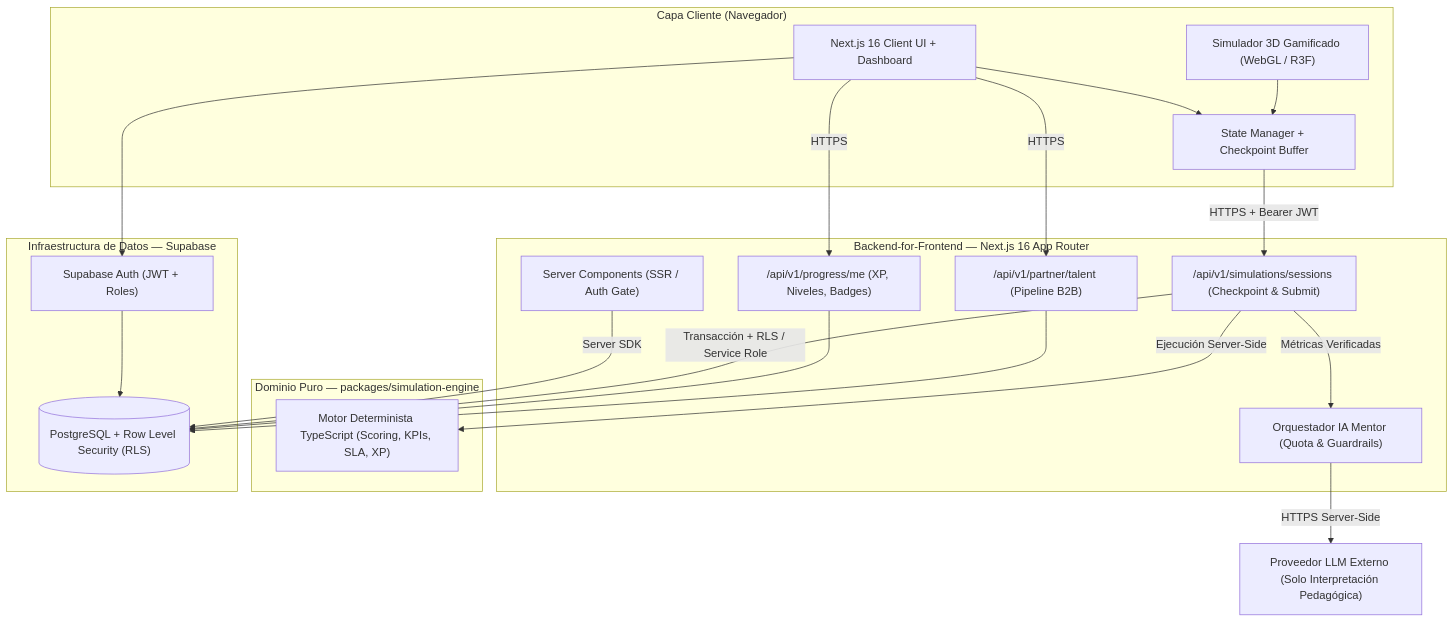
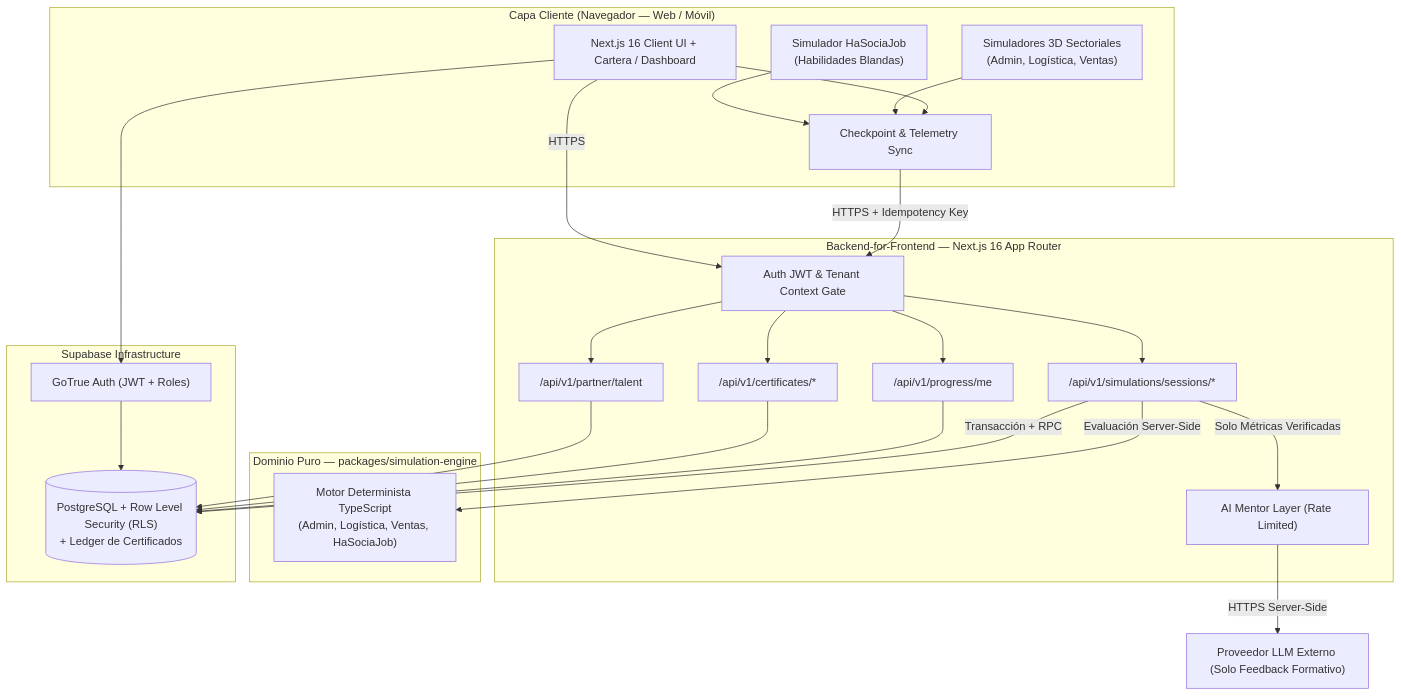
The first of 2 diagrams in README.md (waxmorales/portal-job), drawn with Mermaid before and after one commit. The commit also changed other lines of this file and 16 other files, not shown here.

Commit message:
feat(architecture): align PortalJob blueprint with Admin/Logistics/Sales, HaSociaJob, verifiable certificates, and financial roadmap

````diff
--- a/README.md
+++ b/README.md
@@ -57,42 +60,48 @@
 ```mermaid
 flowchart TB
-    subgraph Client["Capa Cliente (Navegador)"]
-        UI["Next.js 16 Client UI + Dashboard"]
-        SIM3D["Simulador 3D Gamificado (WebGL / R3F)"]
-        STORE["State Manager + Checkpoint Buffer"]
-        UI --> STORE
-        SIM3D --> STORE
+    subgraph Client["Capa Cliente (Navegador — Web / Móvil)"]
+        UI["Next.js 16 Client UI + Cartera / Dashboard"]
+        SIM_TECH["Simuladores 3D Sectoriales<br/>(Admin, Logística, Ventas)"]
+        SIM_SOFT["Simulador HaSociaJob<br/>(Habilidades Blandas)"]
+        SYNC["Checkpoint & Telemetry Sync"]
+        UI --> SYNC
+        SIM_TECH --> SYNC
+        SIM_SOFT --> SYNC
     end
 
     subgraph BFF["Backend-for-Frontend — Next.js 16 App Router"]
-        RSC["Server Components (SSR / Auth Gate)"]
-        API_SESS["/api/v1/simulations/sessions (Checkpoint & Submit)"]
-        API_PROG["/api/v1/progress/me (XP, Niveles, Badges)"]
-        API_PARTNER["/api/v1/partner/talent (Pipeline B2B)"]
-        AI_ORCH["Orquestador IA Mentor (Quota & Guardrails)"]
+        MW["Auth JWT & Tenant Context Gate"]
+        API_SESS["/api/v1/simulations/sessions/*"]
+        API_PROG["/api/v1/progress/me"]
+        API_CERT["/api/v1/certificates/*"]
+        API_B2B["/api/v1/partner/talent"]
+        AI_COACH["AI Mentor Layer (Rate Limited)"]
     end
 
     subgraph Core["Dominio Puro — packages/simulation-engine"]
-        ENGINE["Motor Determinista TypeScript (Scoring, KPIs, SLA, XP)"]
+        ENG["Motor Determinista TypeScript<br/>(Admin, Logística, Ventas, HaSociaJob)"]
     end
 
-    subgraph Data["Infraestructura de Datos — Supabase"]
-        AUTH["Supabase Auth (JWT + Roles)"]
-        PG[("PostgreSQL + Row Level Security (RLS)")]
+    subgraph Data["Supabase Infrastructure"]
+        AUTH["GoTrue Auth (JWT + Roles)"]
+        PG[("PostgreSQL + Row Level Security (RLS)<br/>+ Ledger de Certificados")]
     end
 
-    LLM["Proveedor LLM Externo (Solo Interpretación Pedagógica)"]
+    LLM["Proveedor LLM Externo (Solo Feedback Formativo)"]
 
-    STORE -->|"HTTPS + Bearer JWT"| API_SESS
-    UI -->|"HTTPS"| API_PROG
-    UI -->|"HTTPS"| API_PARTNER
-    RSC -->|"Server SDK"| PG
-    API_SESS -->|"Ejecución Server-Side"| ENGINE
-    API_SESS -->|"Transacción + RLS / Service Role"| PG
-    API_SESS -->|"Métricas Verificadas"| AI_ORCH
-    AI_ORCH -->|"HTTPS Server-Side"| LLM
+    SYNC -->|"HTTPS + Idempotency Key"| MW
+    UI -->|"HTTPS"| MW
+    MW --> API_SESS
+    MW --> API_PROG
+    MW --> API_CERT
+    MW --> API_B2B
+    API_SESS -->|"Evaluación Server-Side"| ENG
+    API_SESS -->|"Transacción + RPC"| PG
+    API_SESS -->|"Solo Métricas Verificadas"| AI_COACH
+    AI_COACH -->|"HTTPS Server-Side"| LLM
     API_PROG --> PG
-    API_PARTNER --> PG
+    API_CERT --> PG
+    API_B2B --> PG
     UI --> AUTH
     AUTH --> PG
 ```
````
